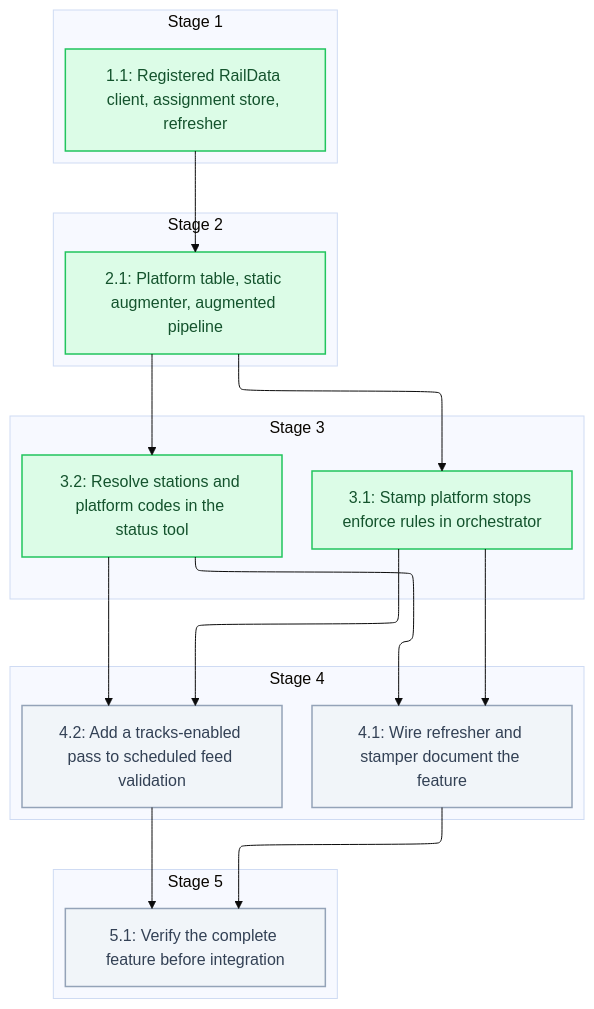
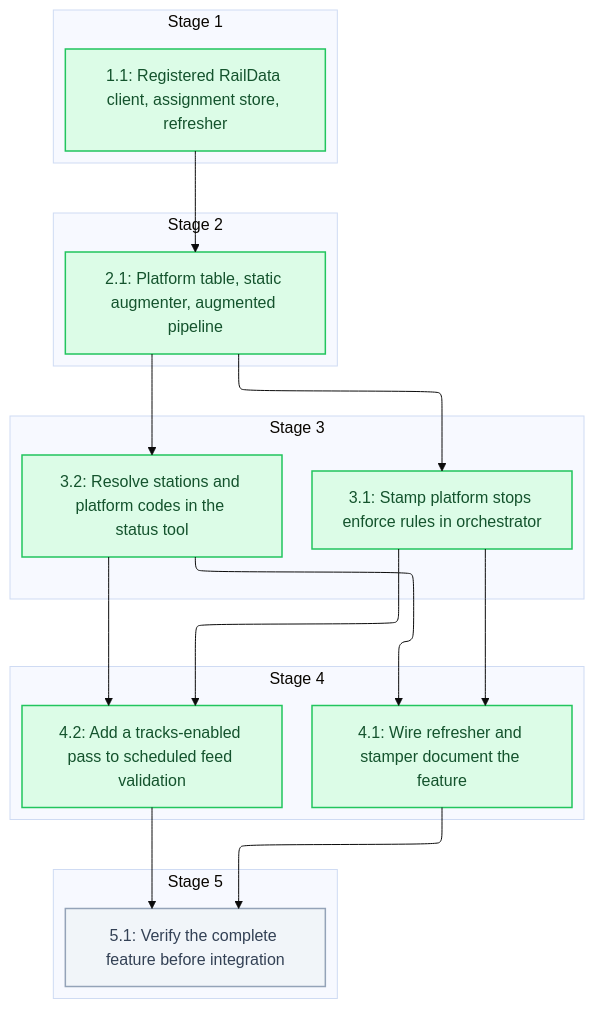
One commit to sohampatwardhan/Amtrak-GTFS-RT changed the diagram in .specs/track-assignments/04_tasks.md. Above: the diagram before and after it, drawn with Mermaid (base theme). The commit also changed other lines of this file and 10 other files, not shown here.

````diff
--- a/.specs/track-assignments/04_tasks.md
+++ b/.specs/track-assignments/04_tasks.md
@@ -9,39 +9,39 @@
 ```mermaid
 %%{init: {'flowchart': {'defaultRenderer': 'elk'}}}%%
 flowchart TD
   classDef done fill:#dcfce7,stroke:#22c55e,stroke-width:1.5px,color:#14532d
   classDef pending fill:#f1f5f9,stroke:#94a3b8,stroke-width:1.5px,color:#334155
   subgraph n_stage_1["Stage 1"]
     n_1_1@{ shape: rect, label: "1.1: Registered RailData client, assignment store, refresher" }
   end
   subgraph n_stage_2["Stage 2"]
     n_2_1@{ shape: rect, label: "2.1: Platform table, static augmenter, augmented pipeline" }
   end
   subgraph n_stage_3["Stage 3"]
     n_3_1@{ shape: rect, label: "3.1: Stamp platform stops enforce rules in orchestrator" }
     n_3_2@{ shape: rect, label: "3.2: Resolve stations and platform codes in the status tool" }
   end
   subgraph n_stage_4["Stage 4"]
     n_4_1@{ shape: rect, label: "4.1: Wire refresher and stamper document the feature" }
     n_4_2@{ shape: rect, label: "4.2: Add a tracks-enabled pass to scheduled feed validation" }
   end
   subgraph n_stage_5["Stage 5"]
     n_5_1@{ shape: rect, label: "5.1: Verify the complete feature before integration" }
   end
   n_1_1 --> n_2_1
   n_2_1 --> n_3_1
   n_2_1 --> n_3_2
   n_3_1 --> n_4_1
   n_3_2 --> n_4_1
   n_3_1 --> n_4_2
   n_3_2 --> n_4_2
   n_4_1 --> n_5_1
   n_4_2 --> n_5_1
   class n_1_1 done
   class n_2_1 done
   class n_3_1 done
   class n_3_2 done
-  class n_4_1 pending
-  class n_4_2 pending
+  class n_4_1 done
+  class n_4_2 done
   class n_5_1 pending
 ```
````
